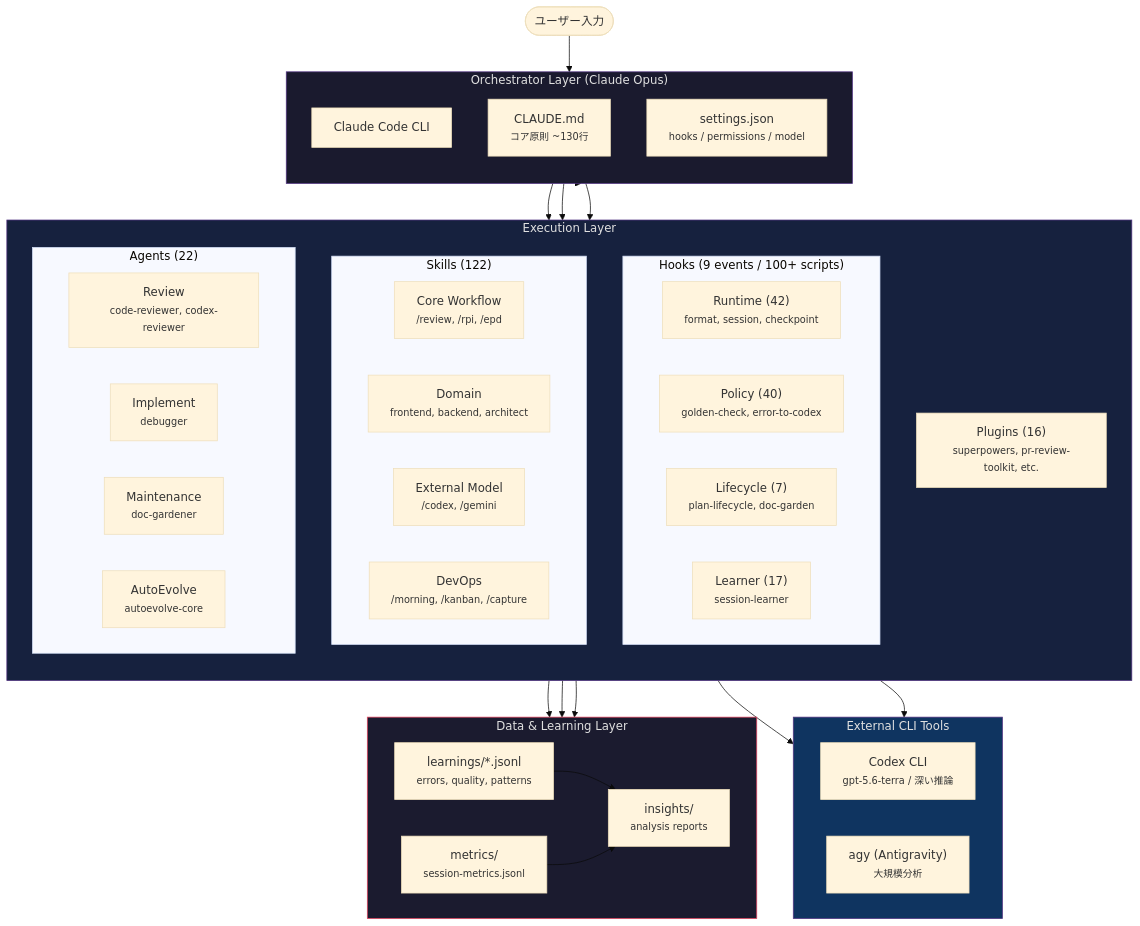
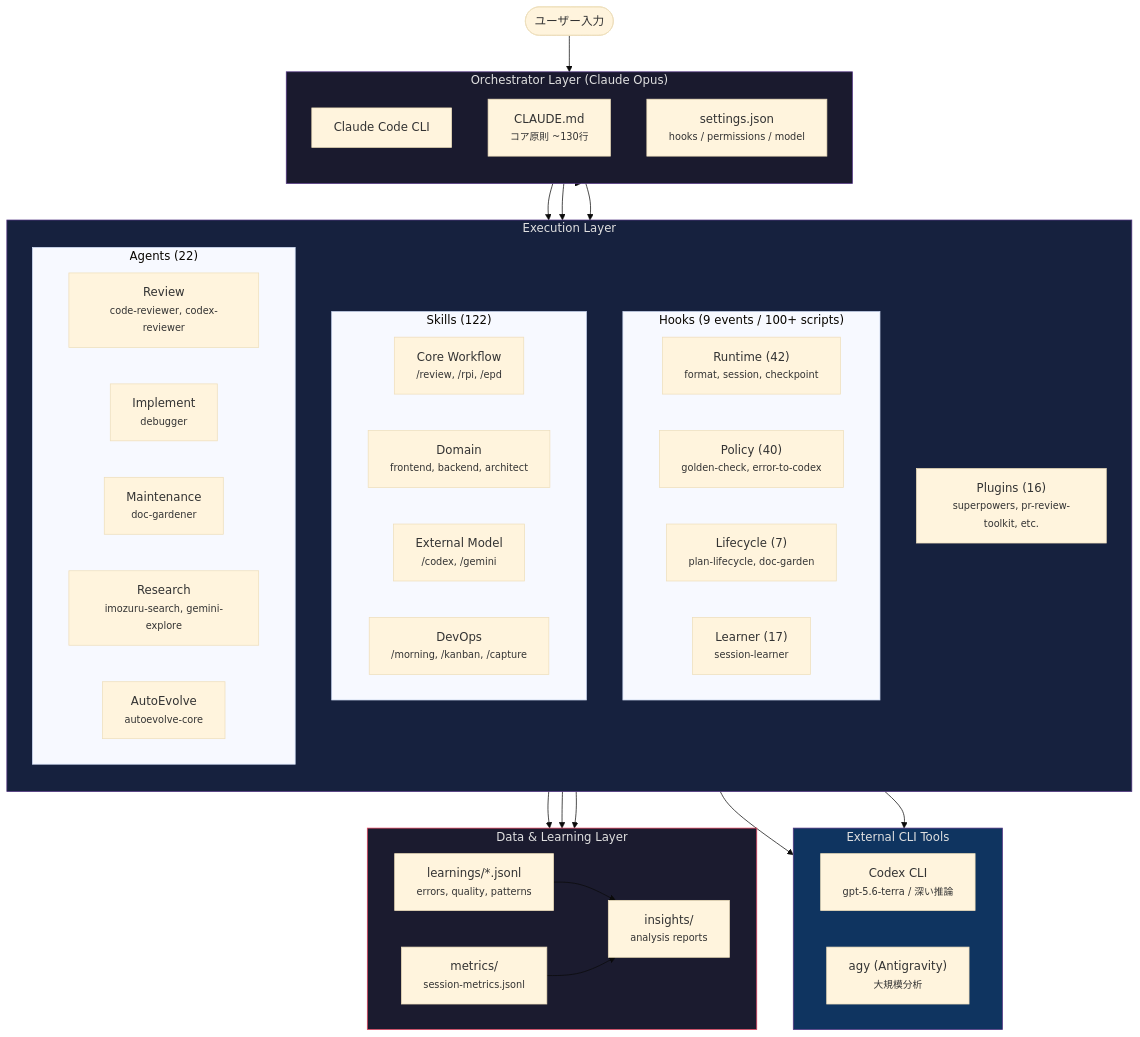
One commit to takeuchi-shogo/dotfiles changed the first of 3 diagrams in .config/claude/README.md. Above: the diagram before and after it, drawn with Mermaid (base theme). The commit also changed other lines of this file and 9 other files, not shown here.

````diff
--- a/.config/claude/README.md
+++ b/.config/claude/README.md
@@ -28,71 +28,72 @@
 ```mermaid
 graph TB
     User([ユーザー入力])
 
     subgraph orchestrator["Orchestrator Layer (Claude Opus)"]
         direction TB
         CC[Claude Code CLI]
         CLAUDE_MD["CLAUDE.md<br><small>コア原則 ~130行</small>"]
         SETTINGS["settings.json<br><small>hooks / permissions / model</small>"]
     end
 
     subgraph execution["Execution Layer"]
         direction TB
         subgraph hooks_box["Hooks (9 events / 100+ scripts)"]
             direction LR
             H_RT["Runtime (42)<br><small>format, session, checkpoint</small>"]
             H_PO["Policy (40)<br><small>golden-check, error-to-codex</small>"]
             H_LC["Lifecycle (7)<br><small>plan-lifecycle, doc-garden</small>"]
             H_LR["Learner (17)<br><small>session-learner</small>"]
         end
 
         subgraph skills_box["Skills (122)"]
             direction LR
             SK_CORE["Core Workflow<br><small>/review, /rpi, /epd</small>"]
             SK_DOMAIN["Domain<br><small>frontend, backend, architect</small>"]
             SK_EXT["External Model<br><small>/codex, /gemini</small>"]
             SK_OPS["DevOps<br><small>/morning, /kanban, /capture</small>"]
         end
 
         subgraph agents_box["Agents (22)"]
             direction LR
             AG_REV["Review<br><small>code-reviewer, codex-reviewer</small>"]
             AG_IMPL["Implement<br><small>debugger</small>"]
             AG_MAINT["Maintenance<br><small>doc-gardener</small>"]
+            AG_RESEARCH["Research<br><small>imozuru-search, gemini-explore</small>"]
             AG_EVOLVE["AutoEvolve<br><small>autoevolve-core</small>"]
         end
 
         PLUGINS["Plugins (16)<br><small>superpowers, pr-review-toolkit, etc.</small>"]
     end
 
     subgraph external["External CLI Tools"]
         direction LR
         CODEX["Codex CLI<br><small>gpt-5.6-terra / 深い推論</small>"]
         GEMINI["agy (Antigravity)<br><small>大規模分析</small>"]
     end
 
     subgraph data["Data & Learning Layer"]
         direction LR
         LEARNINGS["learnings/*.jsonl<br><small>errors, quality, patterns</small>"]
         METRICS["metrics/<br><small>session-metrics.jsonl</small>"]
         INSIGHTS["insights/<br><small>analysis reports</small>"]
     end
 
     User --> CC
     CC --> hooks_box
     CC --> skills_box
     CC --> agents_box
     CC --> PLUGINS
     SK_EXT --> CODEX
     SK_EXT --> GEMINI
     AG_EVOLVE --> LEARNINGS
     H_LR --> LEARNINGS
     H_PO --> LEARNINGS
     LEARNINGS --> INSIGHTS
     METRICS --> INSIGHTS
 
     style orchestrator fill:#1a1a2e,stroke:#533483,color:#e0e0e0
     style execution fill:#16213e,stroke:#533483,color:#e0e0e0
     style external fill:#0f3460,stroke:#533483,color:#e0e0e0
     style data fill:#1b1b2f,stroke:#e94560,color:#e0e0e0
 ```
````
